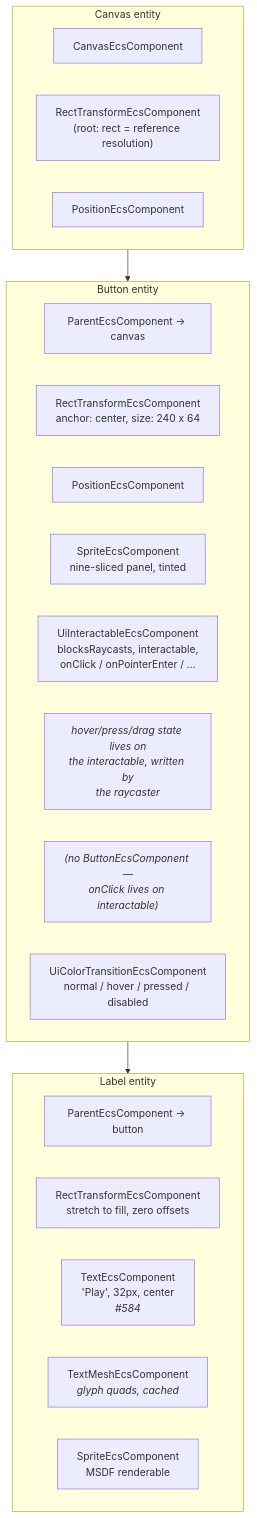
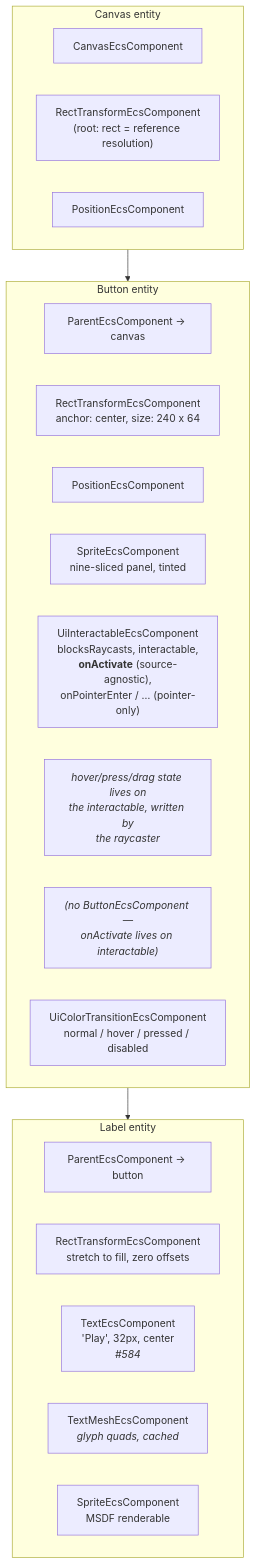
The second of 7 diagrams in design/ui-system.md (Forge-Game-Engine/Forge), drawn with Mermaid before and after one commit. The commit also changed other lines of this file and 1 other file, not shown here.

````diff
--- a/design/ui-system.md
+++ b/design/ui-system.md
@@ -283,29 +291,29 @@
 ```mermaid
 flowchart TD
     subgraph canvas["Canvas entity"]
         C1["CanvasEcsComponent"]
         C2["RectTransformEcsComponent<br/>(root: rect = reference resolution)"]
         C3["PositionEcsComponent"]
     end
 
     subgraph button["Button entity"]
         B1["ParentEcsComponent → canvas"]
         B2["RectTransformEcsComponent<br/>anchor: center, size: 240 x 64"]
         B3["PositionEcsComponent"]
         B4["SpriteEcsComponent<br/>nine-sliced panel, tinted"]
-        B5["UiInteractableEcsComponent<br/>blocksRaycasts, interactable,<br/>onClick / onPointerEnter / …"]
+        B5["UiInteractableEcsComponent<br/>blocksRaycasts, interactable,<br/><b>onActivate</b> (source-agnostic),<br/>onPointerEnter / … (pointer-only)"]
         B6["<i>hover/press/drag state lives on<br/>the interactable, written by<br/>the raycaster</i>"]
-        B7["<i>(no ButtonEcsComponent —<br/>onClick lives on interactable)</i>"]
+        B7["<i>(no ButtonEcsComponent —<br/>onActivate lives on interactable)</i>"]
         B8["UiColorTransitionEcsComponent<br/>normal / hover / pressed / disabled"]
     end
 
     subgraph label["Label entity"]
         L1["ParentEcsComponent → button"]
         L2["RectTransformEcsComponent<br/>stretch to fill, zero offsets"]
         L3["TextEcsComponent<br/>'Play', 32px, center<br/><i>#584</i>"]
         L4["TextMeshEcsComponent<br/><i>glyph quads, cached</i>"]
         L5["SpriteEcsComponent<br/>MSDF renderable"]
     end
 
     canvas --> button --> label
 ```
````
